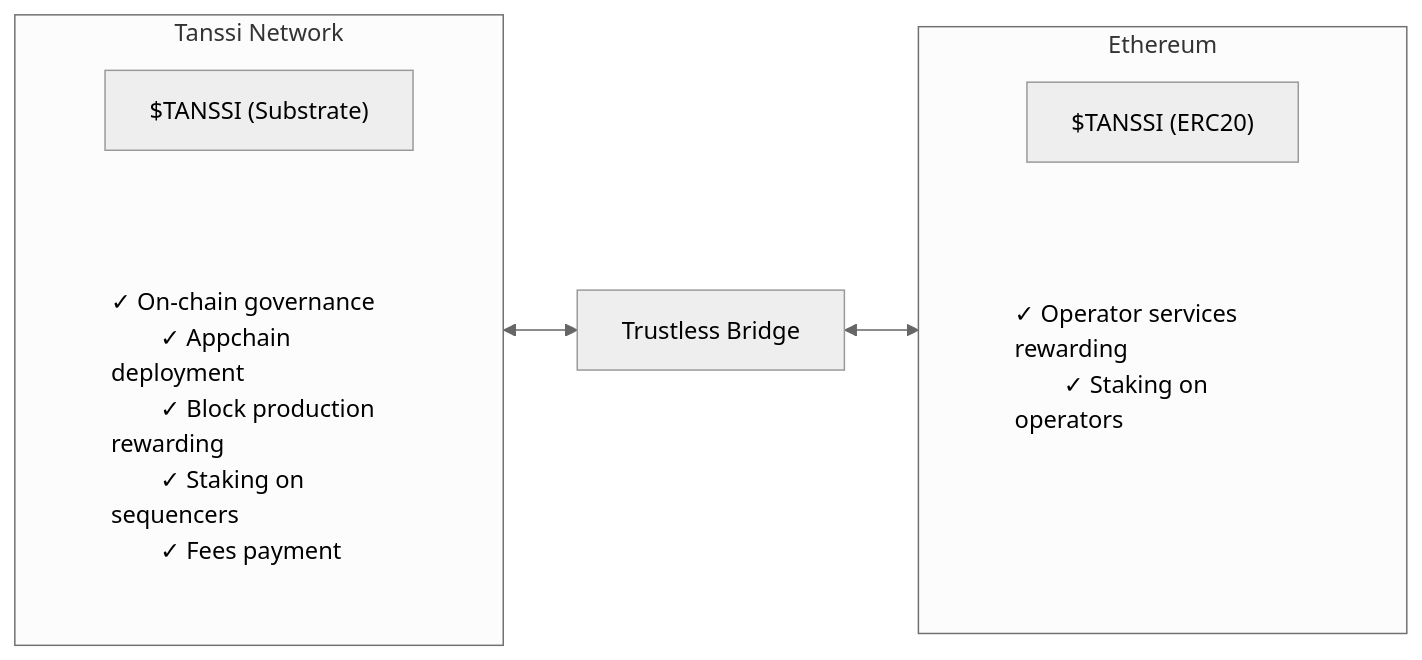
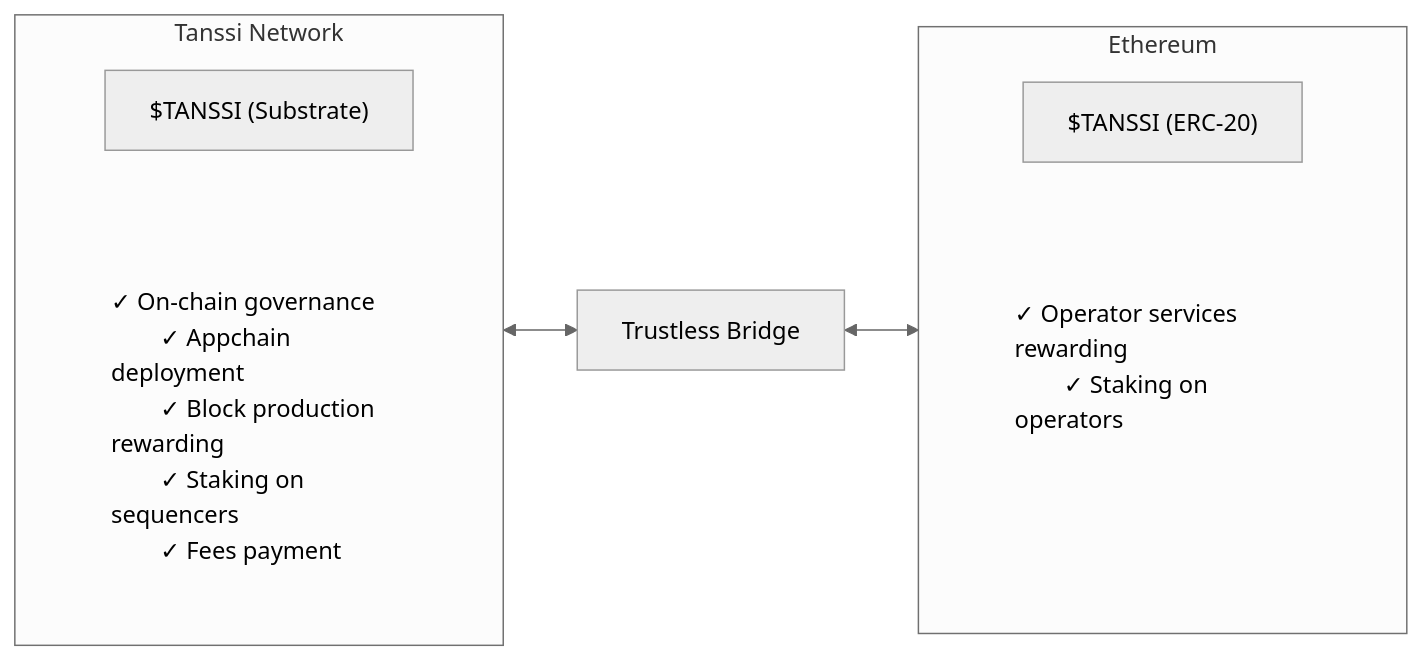
The diagram in builders/tanssi-network/tanssi-token.md (moondance-labs/tanssi-docs), drawn with Mermaid (neutral theme) before and after one commit. The commit also changed other lines of this file and 1 other file, not shown here.

````diff
--- a/builders/tanssi-network/tanssi-token.md
+++ b/builders/tanssi-network/tanssi-token.md
@@ -42,33 +42,33 @@
 ```mermaid
 flowchart LR
     subgraph Tanssi_Network ["Tanssi Network"]
         Tanssi_Substrate["$TANSSI (Substrate)"]
         Tanssi_Substrate_Utility["✓ On-chain governance
         ✓ Appchain deployment
         ✓ Block production rewarding
         ✓ Staking on sequencers
         ✓ Fees payment
         "]
         Tanssi_Substrate --> Tanssi_Substrate_Utility
     end
 
     subgraph Ethereum_Network ["Ethereum"]
-        Tanssi_ERC20["$TANSSI (ERC20)"]
+        Tanssi_ERC20["$TANSSI (ERC-20)"]
         Tanssi_ERC20_Utility["✓ Operator services rewarding
         ✓ Staking on operators
         <pre> </pre>
         "]
         Tanssi_ERC20 --> Tanssi_ERC20_Utility
     end
 
     Bridge["Trustless Bridge"]
 
     Tanssi_Network <--> Bridge <--> Ethereum_Network
 
     %% Apply custom style to utility nodes
     classDef utility_style fill: transparent, stroke: transparent, text-align: start;
     class Tanssi_Substrate_Utility,Tanssi_ERC20_Utility utility_style;
     %% Make utility arrows transparent
     linkStyle 0 stroke:transparent,fill:transparent;
     linkStyle 1 stroke:transparent,fill:transparent;
 ```
````
